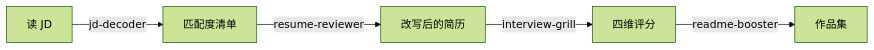
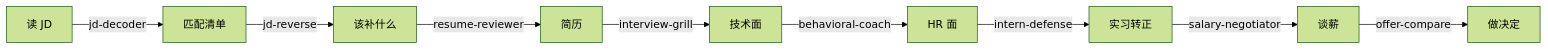
Before and after one commit to WsNodeX/quiver: the diagram in README.md, drawn with Mermaid (forest theme). The commit also changed other lines of this file and 8 other files, not shown here.

````diff
--- a/README.md
+++ b/README.md
@@ -75,7 +50,11 @@
 ```mermaid
 graph LR
-  A[读 JD] -->|jd-decoder| B[匹配度清单]
-  B -->|resume-reviewer| C[改写后的简历]
-  C -->|interview-grill| D[四维评分]
-  D -->|readme-booster| E[作品集]
+  A[读 JD] -->|jd-decoder| B[匹配清单]
+  B -->|jd-reverse| C[该补什么]
+  C -->|resume-reviewer| D[简历]
+  D -->|interview-grill| E[技术面]
+  E -->|behavioral-coach| F[HR 面]
+  F -->|intern-defense| G[实习转正]
+  G -->|salary-negotiator| H[谈薪]
+  H -->|offer-compare| I[做决定]
 ```
````
